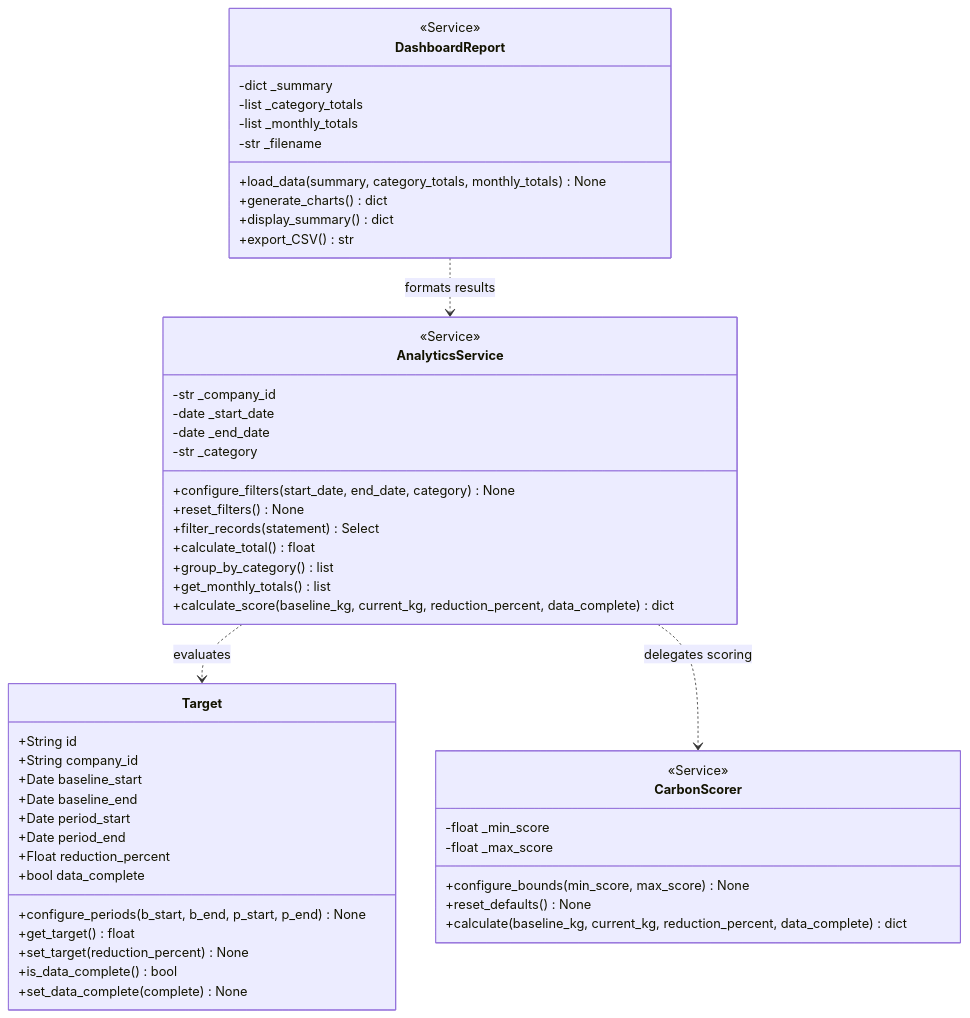
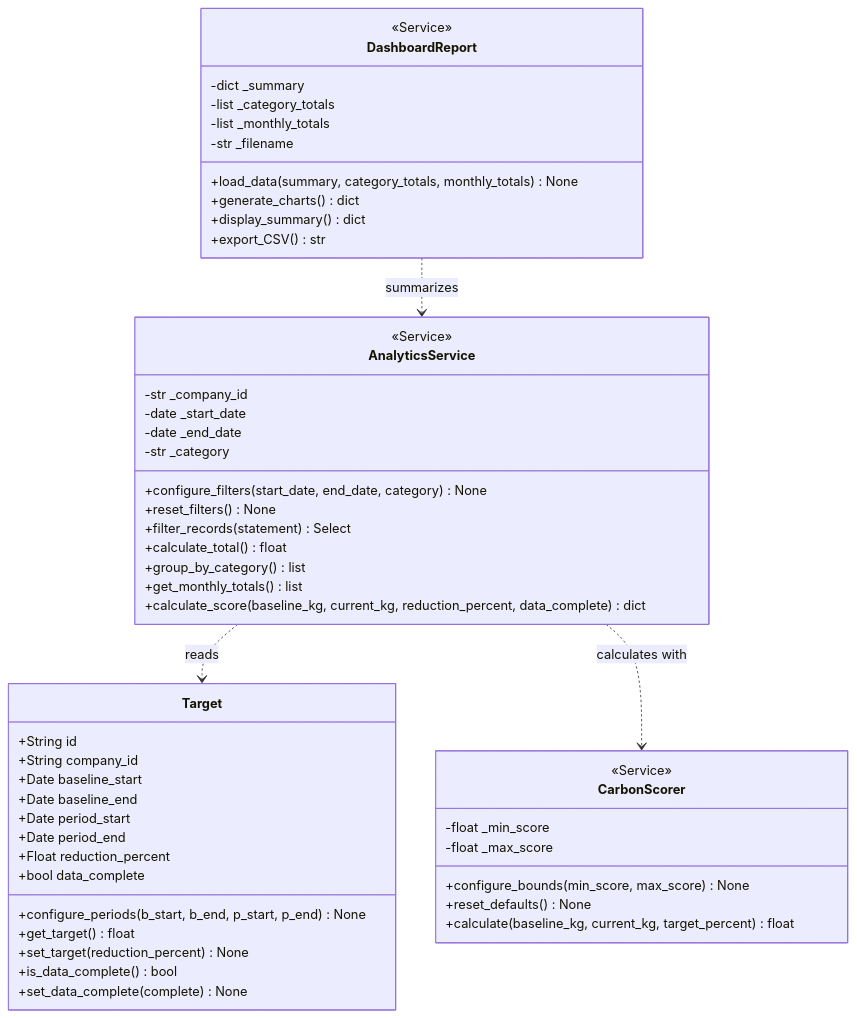
The second of 4 diagrams in README.md (M-AA-B/CPC-Python-Capstone-Project), drawn with Mermaid before and after one commit. The commit also changed other lines of this file and 17 other files, not shown here.

````diff
--- a/README.md
+++ b/README.md
@@ -120,58 +132,58 @@
 ```mermaid
 classDiagram
     class Target {
         +String id
         +String company_id
         +Date baseline_start
         +Date baseline_end
         +Date period_start
         +Date period_end
         +Float reduction_percent
         +bool data_complete
         +configure_periods(b_start, b_end, p_start, p_end) None
         +get_target() float
         +set_target(reduction_percent) None
         +is_data_complete() bool
         +set_data_complete(complete) None
     }
 
     class AnalyticsService {
         <<Service>>
         -str _company_id
         -date _start_date
         -date _end_date
         -str _category
         +configure_filters(start_date, end_date, category) None
         +reset_filters() None
         +filter_records(statement) Select
         +calculate_total() float
         +group_by_category() list
         +get_monthly_totals() list
         +calculate_score(baseline_kg, current_kg, reduction_percent, data_complete) dict
     }
 
     class DashboardReport {
         <<Service>>
         -dict _summary
         -list _category_totals
         -list _monthly_totals
         -str _filename
         +load_data(summary, category_totals, monthly_totals) None
         +generate_charts() dict
         +display_summary() dict
         +export_CSV() str
     }
 
     class CarbonScorer {
         <<Service>>
         -float _min_score
         -float _max_score
         +configure_bounds(min_score, max_score) None
         +reset_defaults() None
-        +calculate(baseline_kg, current_kg, reduction_percent, data_complete) dict
+        +calculate(baseline_kg, current_kg, target_percent) float
     }
 
-    AnalyticsService ..> Target : evaluates
-    AnalyticsService ..> CarbonScorer : delegates scoring
-    DashboardReport ..> AnalyticsService : formats results
+    AnalyticsService ..> Target : reads
+    AnalyticsService ..> CarbonScorer : calculates with
+    DashboardReport ..> AnalyticsService : summarizes
 ```
````
